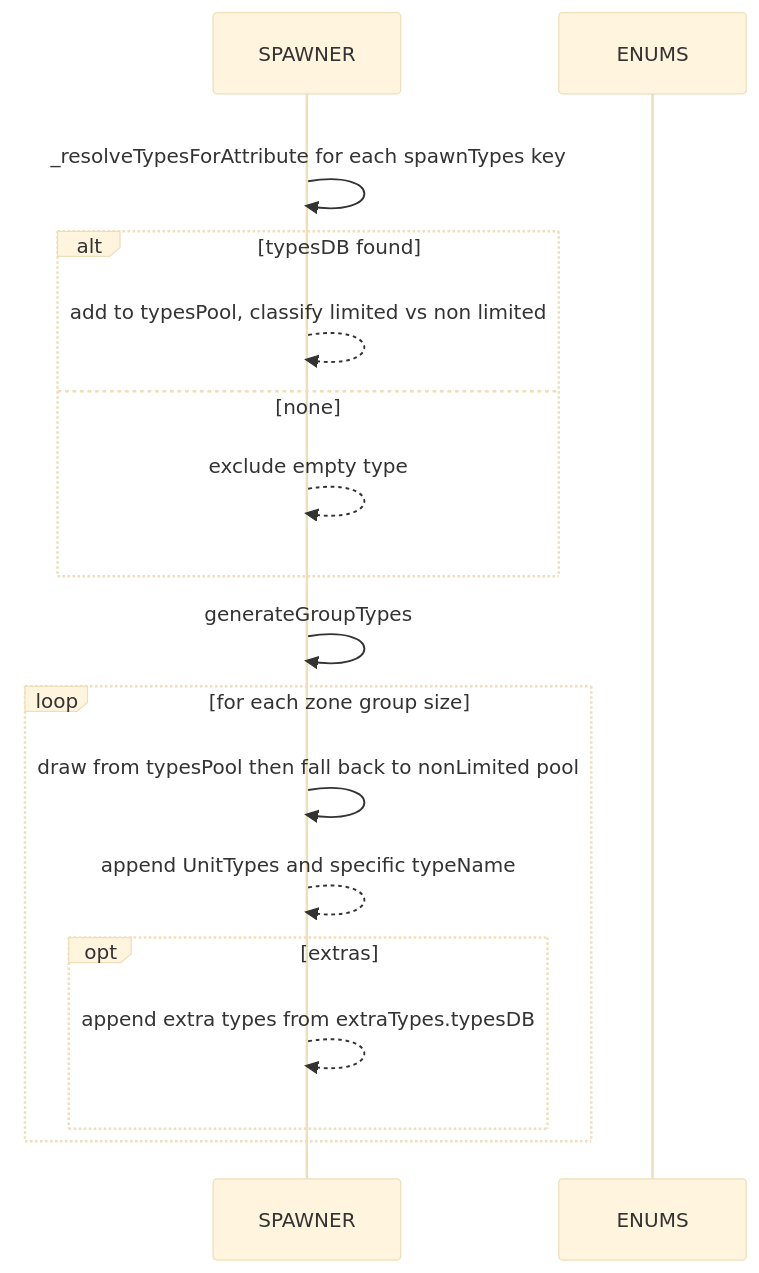
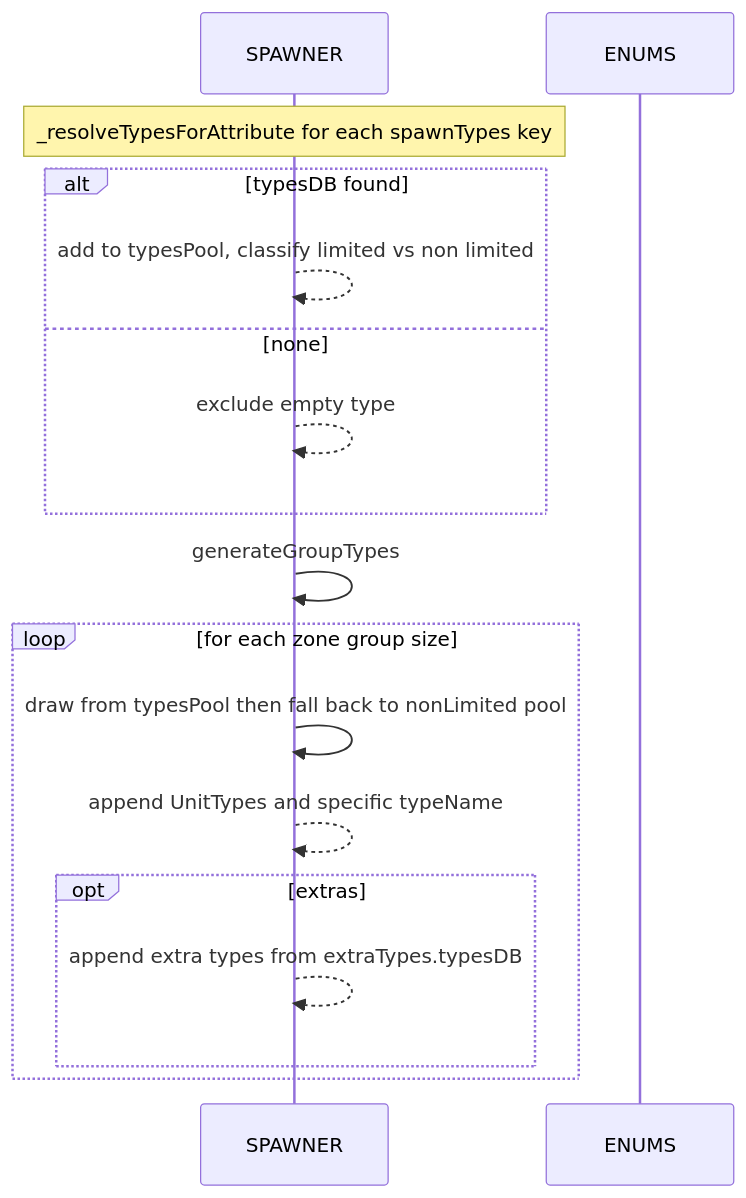
One commit to Gh0st352/AETHR changed the second of 3 diagrams in docs/enums/spawn_types.md. Above: the diagram before and after it, drawn with Mermaid. The commit also changed other lines of this file and 7 other files, not shown here.

First line of the commit message:
docs(enums): normalize Mermaid labels and formatting

````diff
--- a/docs/enums/spawn_types.md
+++ b/docs/enums/spawn_types.md
@@ -85,23 +69,21 @@
 ```mermaid
-%%{init: {"theme":"base"}}%%
+%% shared theme: docs/_mermaid/theme.json %%
 sequenceDiagram
   participant SP as SPAWNER
   participant EN as ENUMS
 
-  rect rgba(255, 255, 255, 0.75)
-    SP->>SP: _resolveTypesForAttribute for each spawnTypes key
-    alt typesDB found
-      SP-->>SP: add to typesPool, classify limited vs non limited
-    else none
-      SP-->>SP: exclude empty type
-    end
-    SP->>SP: generateGroupTypes
-    loop for each zone group size
-      SP->>SP: draw from typesPool then fall back to nonLimited pool
-      SP-->>SP: append UnitTypes and specific typeName
-      opt extras
-        SP-->>SP: append extra types from extraTypes.typesDB
-      end
+  note over SP: _resolveTypesForAttribute for each spawnTypes key
+  alt typesDB found
+    SP-->>SP: add to typesPool, classify limited vs non limited
+  else none
+    SP-->>SP: exclude empty type
+  end
+  SP->>SP: generateGroupTypes
+  loop for each zone group size
+    SP->>SP: draw from typesPool then fall back to nonLimited pool
+    SP-->>SP: append UnitTypes and specific typeName
+    opt extras
+      SP-->>SP: append extra types from extraTypes.typesDB
     end
   end
 ```
````
